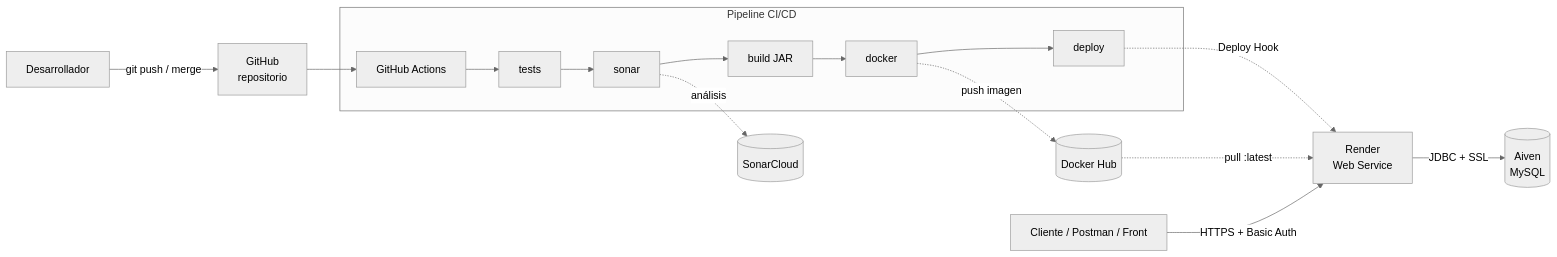
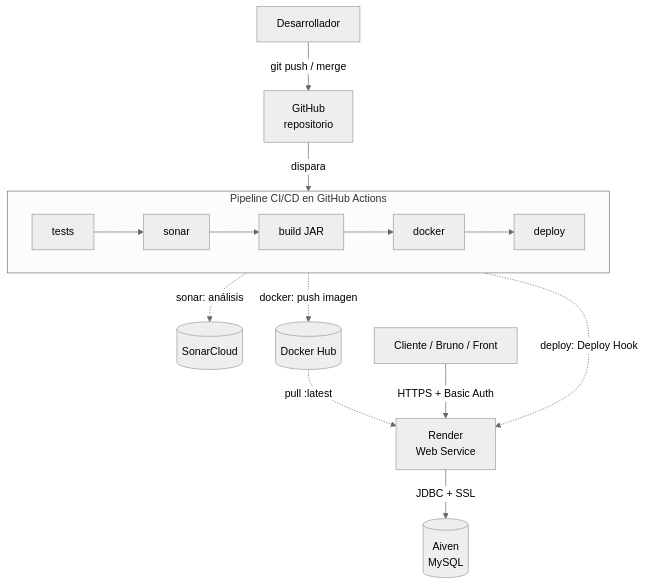
Before and after one commit to AraiGumaDev/back-lab02-banco2026-arqsoft-udea: the first of 2 diagrams in INFORME-LAB2.md, drawn with Mermaid (neutral theme). The commit also changed other lines of this file, not shown here.

````diff
--- a/INFORME-LAB2.md
+++ b/INFORME-LAB2.md
@@ -654,14 +660,15 @@
 ```mermaid
-flowchart LR
+flowchart TB
     Dev[Desarrollador] -->|git push / merge| GH[GitHub<br/>repositorio]
-    GH --> GA[GitHub Actions]
-    subgraph Pipeline CI/CD
-        GA --> T[tests] --> S[sonar] --> B[build JAR] --> D[docker] --> R[deploy]
+    GH -->|dispara| CI
+    subgraph CI["Pipeline CI/CD en GitHub Actions"]
+        direction LR
+        T[tests] --> S[sonar] --> B[build JAR] --> D[docker] --> R[deploy]
     end
-    S -.análisis.-> SC[(SonarCloud)]
-    D -.push imagen.-> DH[(Docker Hub)]
-    R -.Deploy Hook.-> RENDER[Render<br/>Web Service]
+    CI -.sonar: análisis.-> SC[(SonarCloud)]
+    CI -.docker: push imagen.-> DH[(Docker Hub)]
+    CI -.deploy: Deploy Hook.-> RENDER[Render<br/>Web Service]
     DH -.pull :latest.-> RENDER
     RENDER -->|JDBC + SSL| AIVEN[(Aiven<br/>MySQL)]
-    Cliente[Cliente / Postman / Front] -->|HTTPS + Basic Auth| RENDER
+    Cliente[Cliente / Bruno / Front] -->|HTTPS + Basic Auth| RENDER
 ```
````
